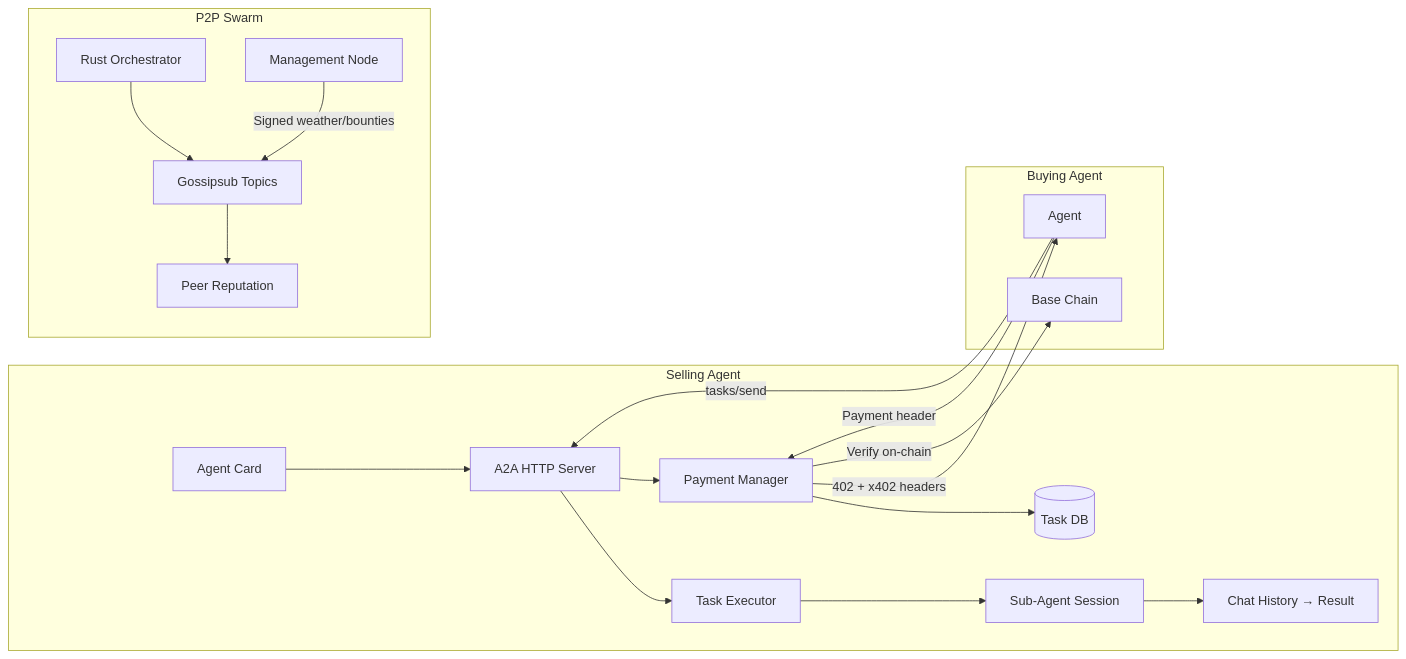
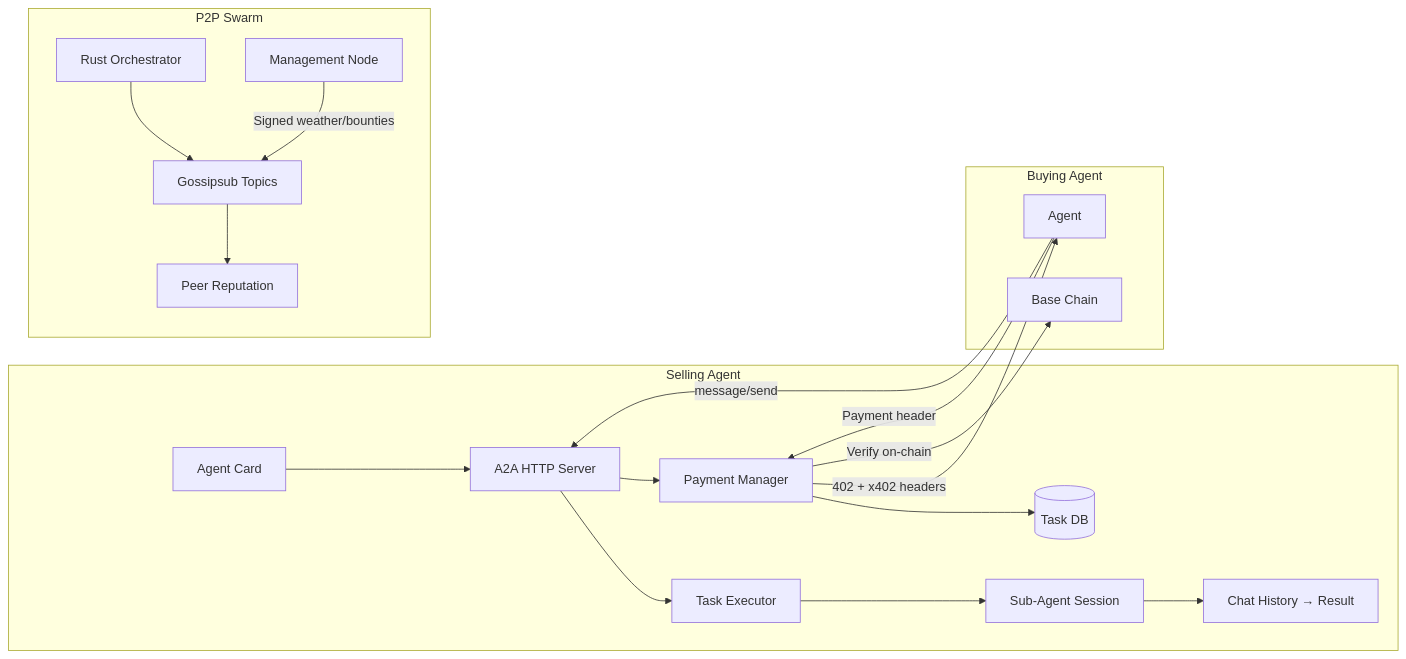
One commit to Bitterbot-AI/bitterbot-desktop changed the diagram in docs/network/core-systems.md. Above: the diagram before and after it, drawn with Mermaid. The commit also changed other lines of this file and 3 other files, not shown here.

````diff
--- a/docs/network/core-systems.md
+++ b/docs/network/core-systems.md
@@ -11,24 +11,24 @@
 ```mermaid
 flowchart LR
     subgraph "Selling Agent"
         AC[Agent Card] --> AH[A2A HTTP Server]
         AH --> TE[Task Executor]
         TE --> SA[Sub-Agent Session]
         SA --> HR[Chat History → Result]
         AH --> PM[Payment Manager]
         PM --> DB[(Task DB)]
     end
 
     subgraph "Buying Agent"
-        BA[Agent] -->|tasks/send| AH
+        BA[Agent] -->|message/send| AH
         PM -->|402 + x402 headers| BA
         BA -->|Payment header| PM
         PM -->|Verify on-chain| BC[Base Chain]
     end
 
     subgraph "P2P Swarm"
         RO[Rust Orchestrator] --> GS[Gossipsub Topics]
         GS --> PR[Peer Reputation]
         MN[Management Node] -->|Signed weather/bounties| GS
     end
 ```
````
